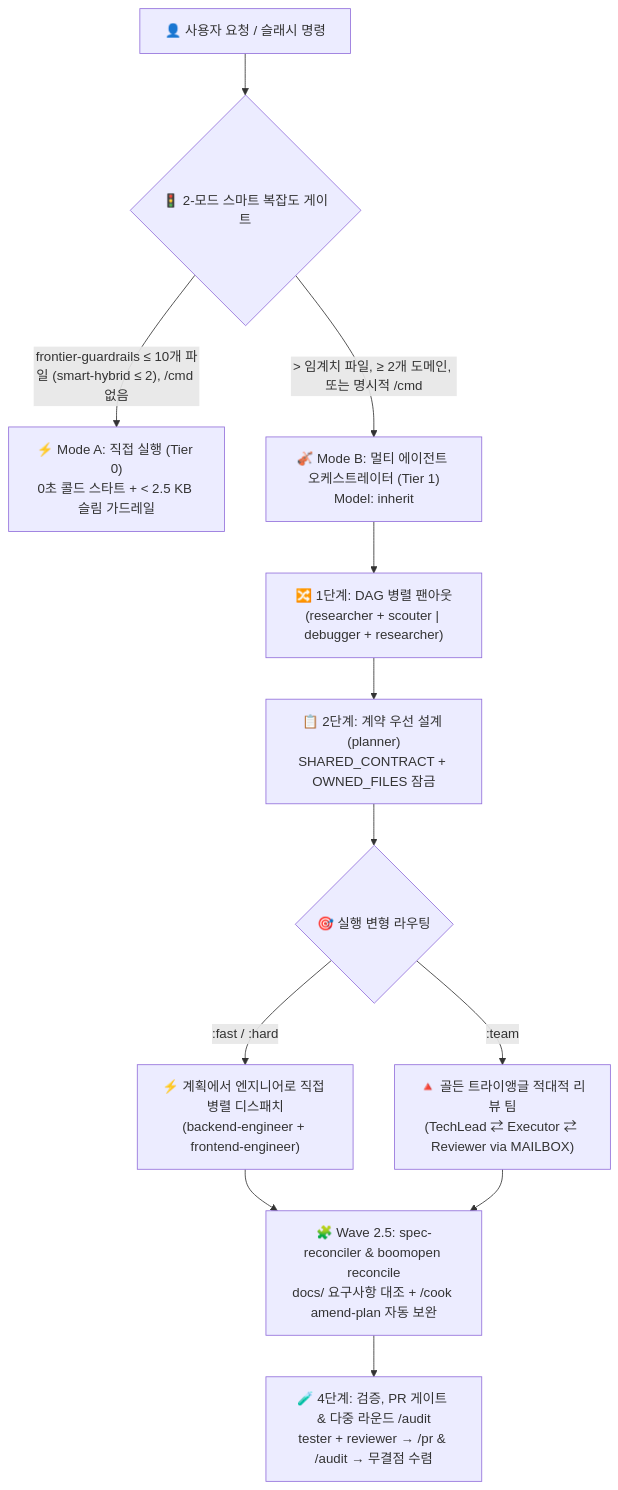
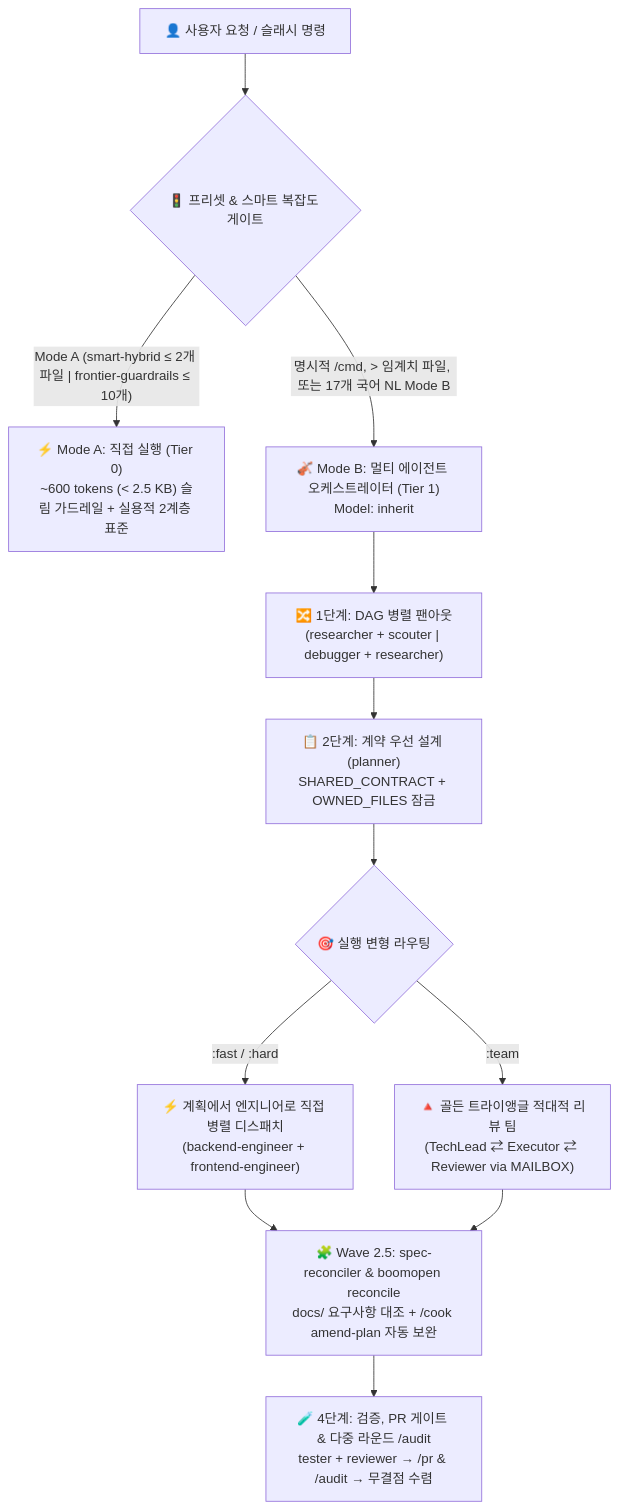
The diagram in i18n/README.ko.md (Kennyboom/BoomOpen-Workflow-Kit-Pro), drawn with Mermaid before and after one commit. The commit also changed other lines of this file and 16 other files, not shown here.

Commit message:
docs(i18n,changelog): align all 16 localized READMEs and CHANGELOG to smart-hybrid default

````diff
--- a/i18n/README.ko.md
+++ b/i18n/README.ko.md
@@ -57,17 +57,17 @@
 ```mermaid
 flowchart TD
-    User["👤 사용자 요청 / 슬래시 명령"] --> Gate{"🚦 2-모드 스마트 복잡도 게이트"}
-    Gate -->|"frontier-guardrails ≤ 10개 파일 (smart-hybrid ≤ 2), /cmd 없음"| ModeA["⚡ Mode A: 직접 실행 (Tier 0)<br/>0초 콜드 스타트 + < 2.5 KB 슬림 가드레일"]
-    Gate -->|"> 임계치 파일, ≥ 2개 도메인, 또는 명시적 /cmd"| ModeB["🎻 Mode B: 멀티 에이전트 오케스트레이터 (Tier 1)<br/>Model: inherit"]
+    User["👤 사용자 요청 / 슬래시 명령"] --> Gate{"🚦 프리셋 & 스마트 복잡도 게이트"}
+    Gate -->|"Mode A (smart-hybrid ≤ 2개 파일 | frontier-guardrails ≤ 10개)"| ModeA["⚡ Mode A: 직접 실행 (Tier 0)<br/>~600 tokens (< 2.5 KB) 슬림 가드레일 + 실용적 2계층 표준"]
+    Gate -->|"명시적 /cmd, > 임계치 파일, 또는 17개 국어 NL Mode B"| ModeB["🎻 Mode B: 멀티 에이전트 오케스트레이터 (Tier 1)<br/>Model: inherit"]
 
     ModeB --> FanOut["🔀 1단계: DAG 병렬 팬아웃<br/>(researcher + scouter | debugger + researcher)"]
     FanOut --> Plan["📋 2단계: 계약 우선 설계 (planner)<br/>SHARED_CONTRACT + OWNED_FILES 잠금"]
     Plan --> Dispatch{"🎯 실행 변형 라우팅"}
 
     Dispatch -->|":fast / :hard"| Direct["⚡ 계획에서 엔지니어로 직접 병렬 디스패치<br/>(backend-engineer + frontend-engineer)"]
     Dispatch -->|":team"| Triangle["🔺 골든 트라이앵글 적대적 리뷰 팀<br/>(TechLead ⇄ Executor ⇄ Reviewer via MAILBOX)"]
 
     Direct --> Reconcile["🧩 Wave 2.5: spec-reconciler & boomopen reconcile<br/>docs/ 요구사항 대조 + /cook amend-plan 자동 보완"]
     Triangle --> Reconcile
     Reconcile --> Verify["🧪 4단계: 검증, PR 게이트 & 다중 라운드 /audit<br/>tester + reviewer → /pr & /audit → 무결점 수렴"]
 ```
````
